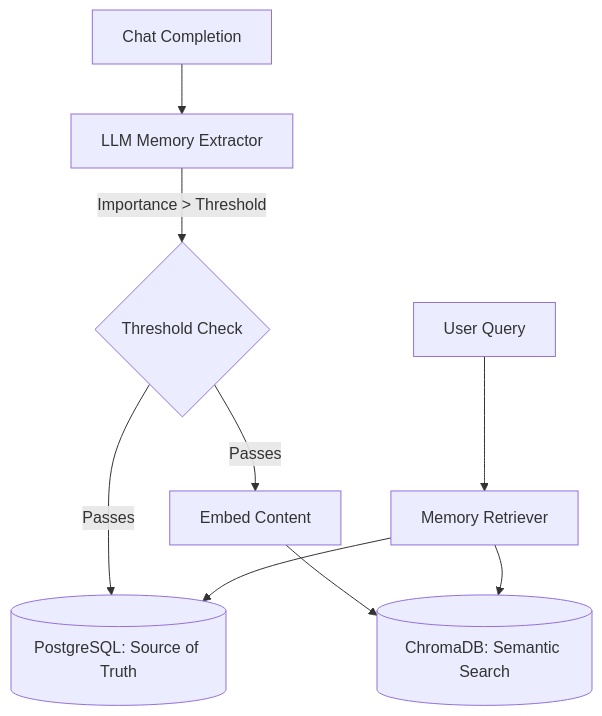
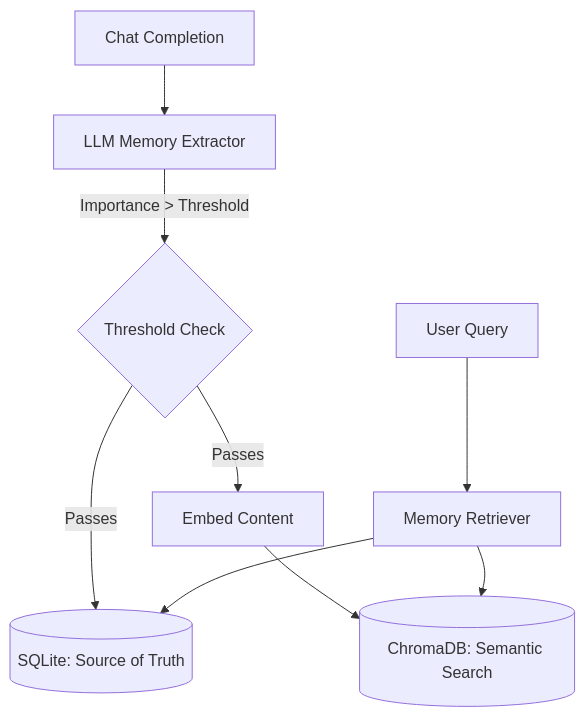
One commit to satwinder-kaur11/ai_assistant_workspace changed the fourth of 4 diagrams in workmate/README.md. Above: the diagram before and after it, drawn with Mermaid. The commit also changed other lines of this file, not shown here.

Commit message:
docs: remove postgres references from README to accurately reflect SQLite architecture

````diff
--- a/workmate/README.md
+++ b/workmate/README.md
@@ -51,12 +104,12 @@
 ```mermaid
 graph TD
     Chat[Chat Completion] --> Extractor[LLM Memory Extractor]
     Extractor -->|Importance > Threshold| Router{Threshold Check}
-    Router -->|Passes| Postgres[(PostgreSQL: Source of Truth)]
+    Router -->|Passes| SQLite[(SQLite: Source of Truth)]
     Router -->|Passes| Embedder[Embed Content]
     Embedder --> Chroma[(ChromaDB: Semantic Search)]
     
     Query[User Query] --> Retriever[Memory Retriever]
     Retriever --> Chroma
-    Retriever --> Postgres
+    Retriever --> SQLite
 ```
````
